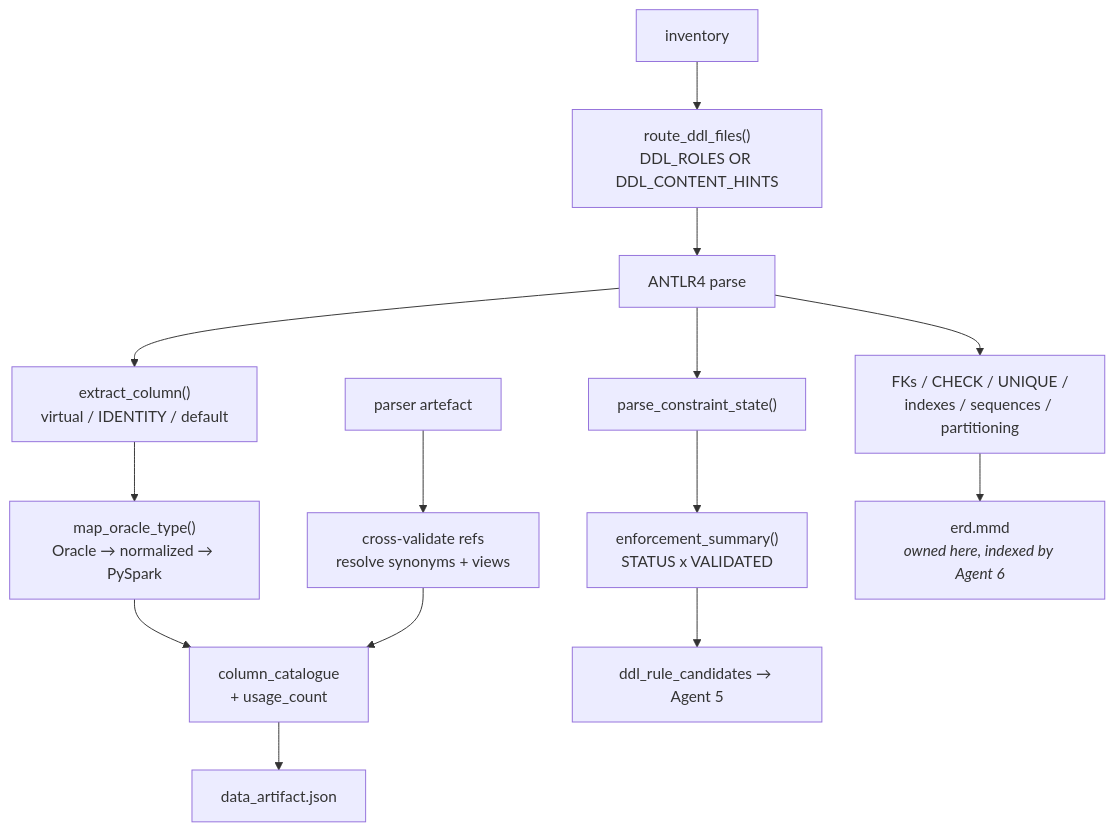
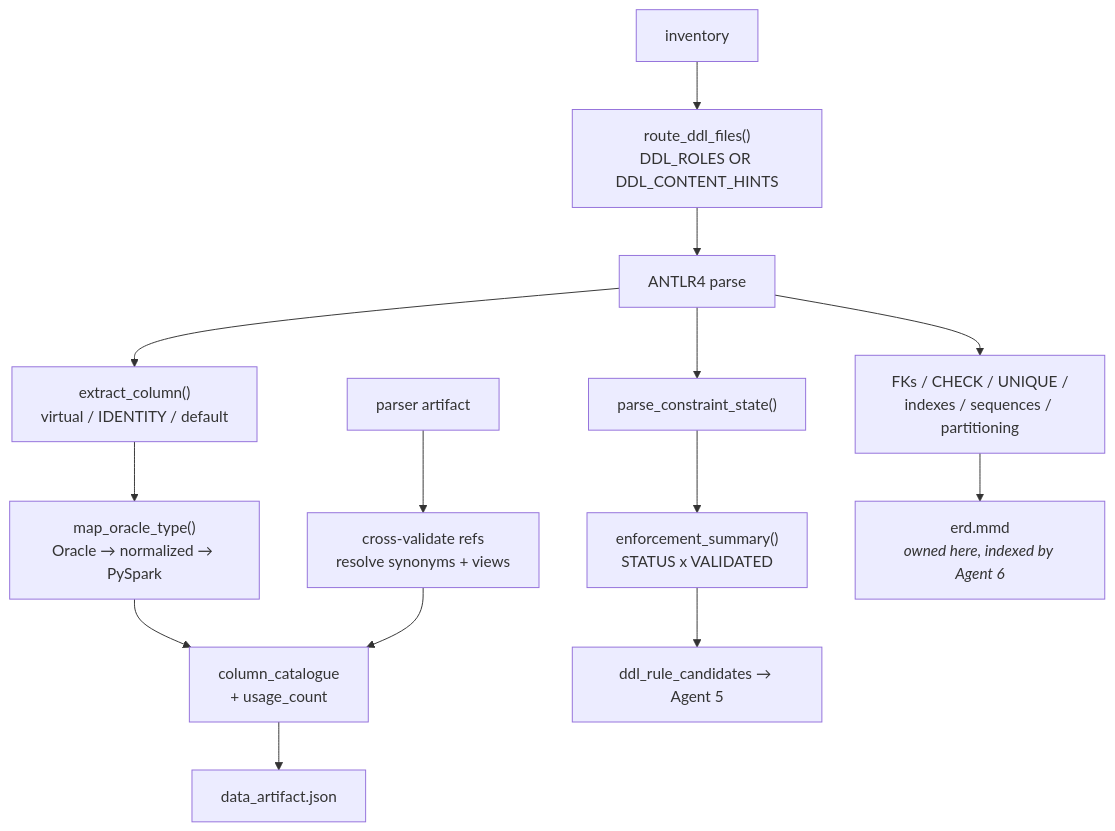
Before and after one commit to KrishnaAnnavaram/statute: diagram 11 of 17 in README.md, drawn with Mermaid. The commit also changed other lines of this file and 1 other file, not shown here.

````diff
--- a/README.md
+++ b/README.md
@@ -487,16 +658,16 @@
 ```mermaid
 flowchart TD
     INV["inventory"] --> ROUTE["route_ddl_files()<br/>DDL_ROLES OR DDL_CONTENT_HINTS"]
-    PAR["parser artefact"] --> XVAL["cross-validate refs<br/>resolve synonyms + views"]
+    PAR["parser artifact"] --> XVAL["cross-validate refs<br/>resolve synonyms + views"]
     ROUTE --> ANTLR["ANTLR4 parse"]
     ANTLR --> COLS["extract_column()<br/>virtual / IDENTITY / default"]
     ANTLR --> CONS["parse_constraint_state()"]
     CONS --> ENF["enforcement_summary()<br/>STATUS x VALIDATED"]
     ANTLR --> OTHER["FKs / CHECK / UNIQUE /<br/>indexes / sequences / partitioning"]
     COLS --> TYPE["map_oracle_type()<br/>Oracle → normalized → PySpark"]
     TYPE --> CAT["column_catalogue<br/>+ usage_count"]
     XVAL --> CAT
     ENF --> CAND["ddl_rule_candidates → Agent 5"]
     CAT --> ART["data_artifact.json"]
     OTHER --> ERD["erd.mmd<br/><i>owned here, indexed by Agent 6</i>"]
 ```
````
